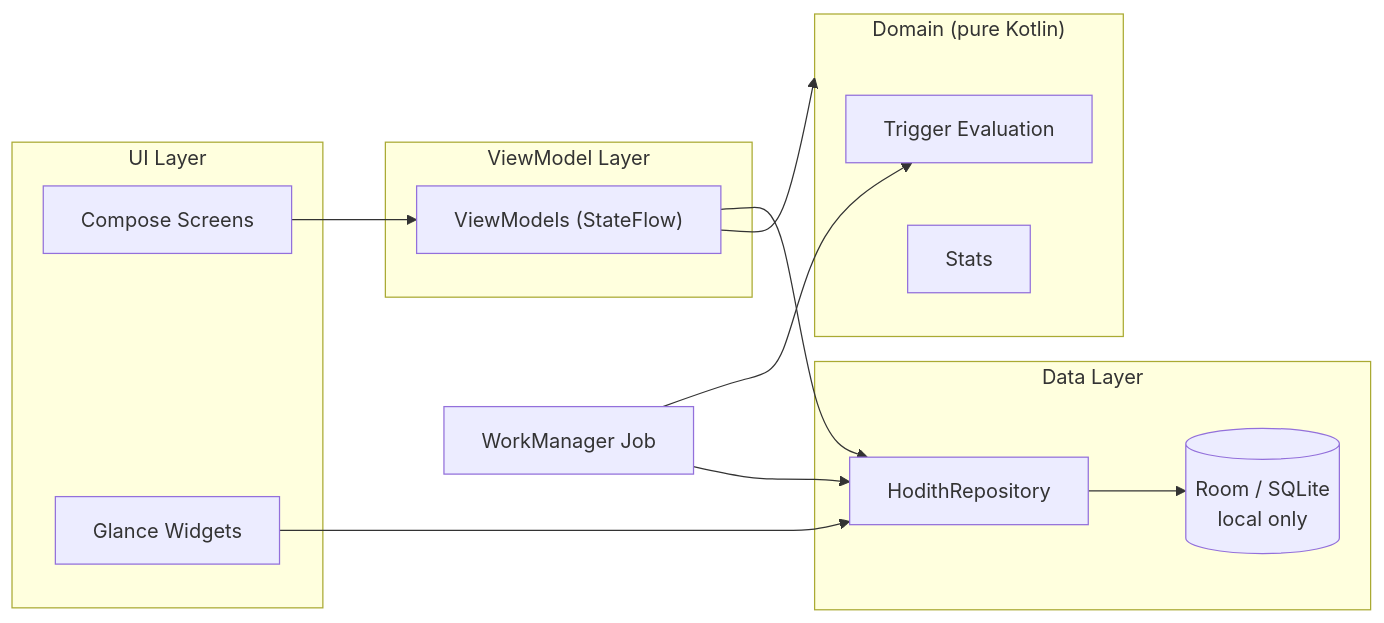
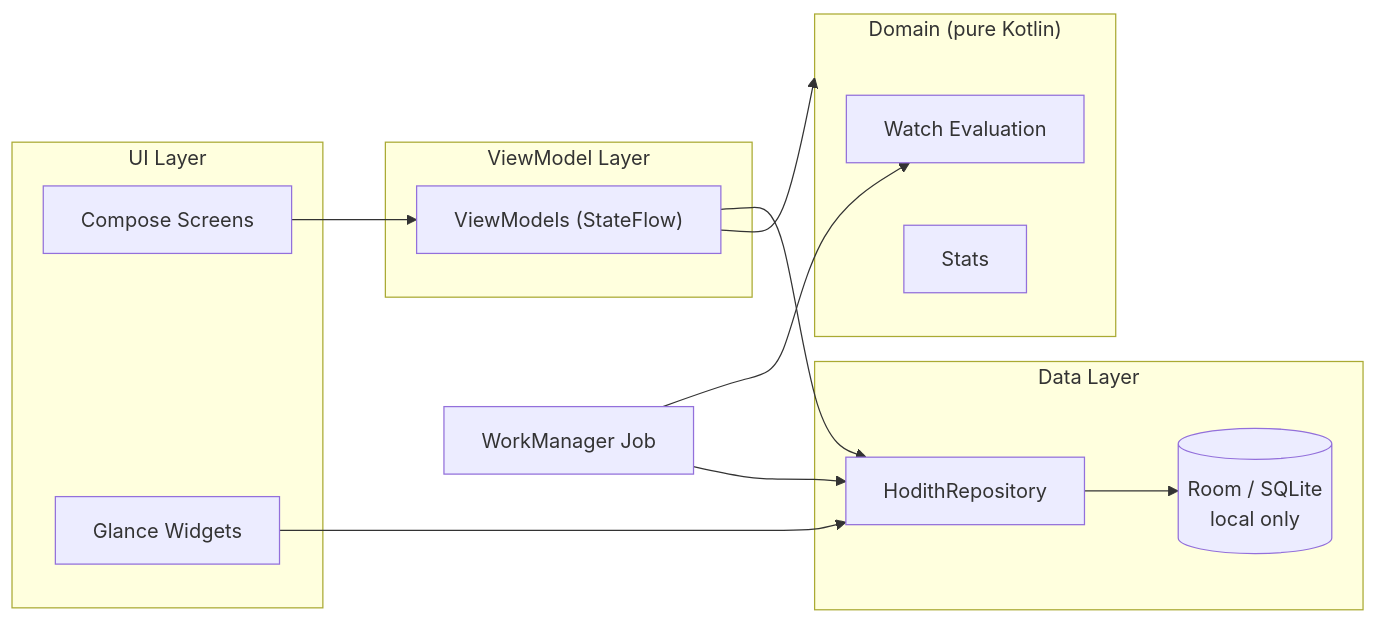
One commit to mikamartin/HODITH changed the diagram in README.md. Above: the diagram before and after it, drawn with Mermaid. The commit also changed other lines of this file and 8 other files, not shown here.

````diff
--- a/README.md
+++ b/README.md
@@ -56,25 +56,25 @@
 ```mermaid
 graph LR
     subgraph ui["UI Layer"]
         Screens["Compose Screens"]
         Widgets["Glance Widgets"]
     end
     subgraph vm["ViewModel Layer"]
         ViewModels["ViewModels (StateFlow)"]
     end
     subgraph domain["Domain (pure Kotlin)"]
-        Triggers["Trigger Evaluation"]
+        Watches["Watch Evaluation"]
         Stats["Stats"]
     end
     subgraph data["Data Layer"]
         Repo["HodithRepository"]
         DB[("Room / SQLite<br/>local only")]
     end
     Work["WorkManager Job"]
     Screens --> ViewModels --> Repo
     ViewModels --> domain
     Widgets --> Repo
-    Work --> Triggers
+    Work --> Watches
     Work --> Repo
     Repo --> DB
 ```
````
